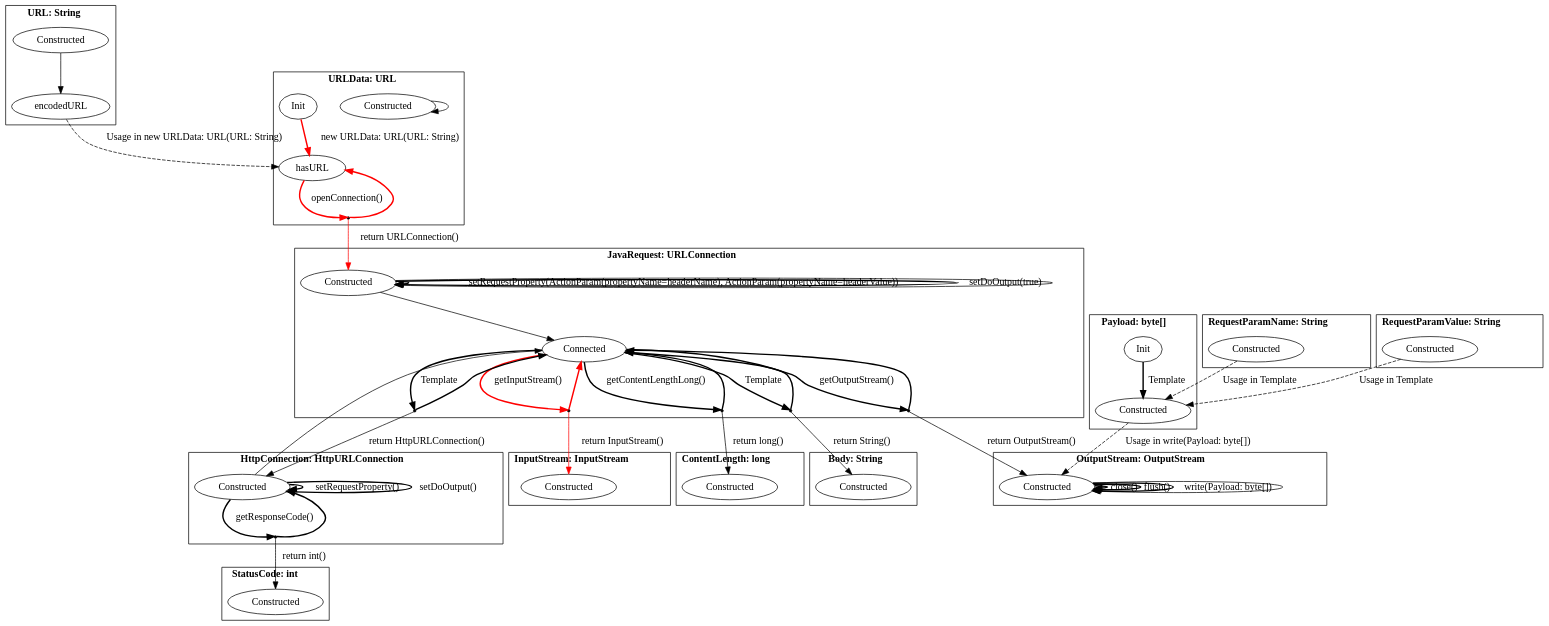
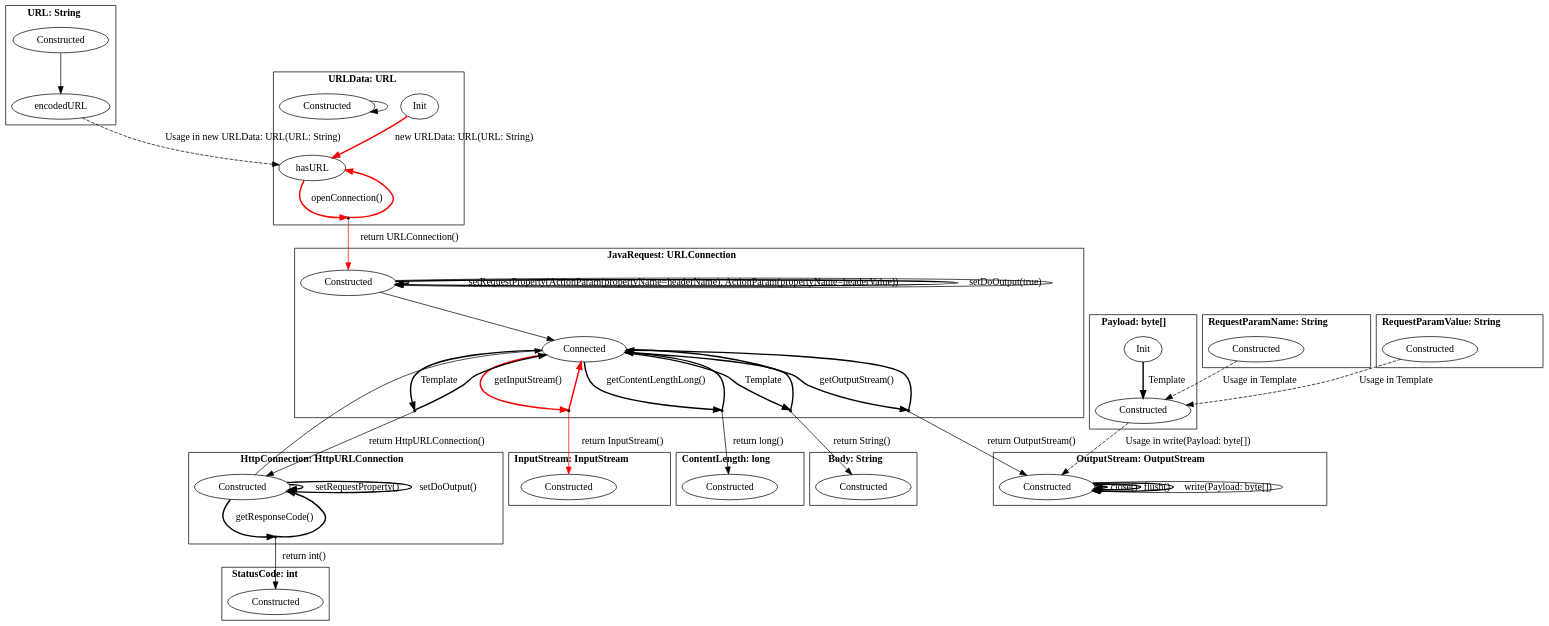
Before and after one commit to h31/LibraryMigration: the diagram in pictures/extracted_javaOfficial.dot, drawn with Graphviz. The commit also changed other lines of this file and 10 other files, not shown here.

```diff
--- a/pictures/extracted_javaOfficial.dot
+++ b/pictures/extracted_javaOfficial.dot
@@ -1,103 +1,103 @@
 digraph G {
     bgcolor="transparent";
     subgraph cluster0 {
     label = <<B>URL: String</B>>;
         Constructed_URL [ label="Constructed" ];
         encodedURL_URL [ label="encodedURL" ];
     }
     subgraph cluster1 {
     label = <<B>URLData: URL</B>>;
+        Init_URLData [ label="Init" ];
+        hasURL_URLData [ label="hasURL" ];
         Constructed_URLData [ label="Constructed" ];
-        hasURL_URLData [ label="hasURL" ];
-        Init_URLData [ label="Init" ];
         virtual0 [ shape = point ];
     }
     subgraph cluster2 {
     label = <<B>JavaRequest: URLConnection</B>>;
         Constructed_JavaRequest [ label="Constructed" ];
         Connected_JavaRequest [ label="Connected" ];
         virtual1 [ shape = point ];
         virtual2 [ shape = point ];
         virtual3 [ shape = point ];
         virtual4 [ shape = point ];
         virtual5 [ shape = point ];
     }
     subgraph cluster3 {
     label = <<B>Body: String</B>>;
         Constructed_Body [ label="Constructed" ];
     }
     subgraph cluster4 {
     label = <<B>InputStream: InputStream</B>>;
         Constructed_InputStream [ label="Constructed" ];
     }
     subgraph cluster5 {
     label = <<B>ContentLength: long</B>>;
         Constructed_ContentLength [ label="Constructed" ];
     }
     subgraph cluster6 {
     label = <<B>StatusCode: int</B>>;
         Constructed_StatusCode [ label="Constructed" ];
     }
     subgraph cluster7 {
     label = <<B>HttpConnection: HttpURLConnection</B>>;
         Constructed_HttpConnection [ label="Constructed" ];
         virtual6 [ shape = point ];
     }
     subgraph cluster8 {
     label = <<B>OutputStream: OutputStream</B>>;
         Constructed_OutputStream [ label="Constructed" ];
     }
     subgraph cluster9 {
     label = <<B>Payload: byte[]</B>>;
+        Init_Payload [ label="Init" ];
         Constructed_Payload [ label="Constructed" ];
-        Init_Payload [ label="Init" ];
     }
     subgraph cluster10 {
     label = <<B>RequestParamName: String</B>>;
         Constructed_RequestParamName [ label="Constructed" ];
     }
     subgraph cluster11 {
     label = <<B>RequestParamValue: String</B>>;
         Constructed_RequestParamValue [ label="Constructed" ];
     }
         Constructed_URL -> encodedURL_URL [ label="", style = "solid"  ];
         encodedURL_URL -> hasURL_URLData [ label="Usage in new URLData: URL(URL: String)", style = "dashed"  ];
         Init_URLData -> hasURL_URLData [ label="new URLData: URL(URL: String)", style = "bold" , color = red ];
         hasURL_URLData -> virtual0 [ style = "bold" label="openConnection()" , color = red ];
         virtual0 -> hasURL_URLData [ style = "bold" , color = red ];
         virtual0 -> Constructed_JavaRequest [ label="return URLConnection()" , color = red ];
         Constructed_URLData -> Constructed_URLData [ label="", style = "solid"  ];
         Constructed_JavaRequest -> Connected_JavaRequest [ label="", style = "solid"  ];
         Connected_JavaRequest -> virtual1 [ style = "bold" label="Template"  ];
         virtual1 -> Connected_JavaRequest [ style = "bold"  ];
         virtual1 -> Constructed_Body [ label="return String()"  ];
         Connected_JavaRequest -> virtual2 [ style = "bold" label="getInputStream()" , color = red ];
         virtual2 -> Connected_JavaRequest [ style = "bold" , color = red ];
         virtual2 -> Constructed_InputStream [ label="return InputStream()" , color = red ];
         Constructed_JavaRequest -> Constructed_JavaRequest [ label="setRequestProperty(ActionParam(propertyName&#x3D;headerName), ActionParam(propertyName&#x3D;headerValue))", style = "bold"  ];
         Constructed_JavaRequest -> Constructed_JavaRequest [ label="setDoOutput(true)", style = "bold"  ];
         Connected_JavaRequest -> virtual3 [ style = "bold" label="getContentLengthLong()"  ];
         virtual3 -> Connected_JavaRequest [ style = "bold"  ];
         virtual3 -> Constructed_ContentLength [ label="return long()"  ];
         Connected_JavaRequest -> virtual4 [ style = "bold" label="getOutputStream()"  ];
         virtual4 -> Connected_JavaRequest [ style = "bold"  ];
         virtual4 -> Constructed_OutputStream [ label="return OutputStream()"  ];
         Connected_JavaRequest -> virtual5 [ style = "bold" label="Template"  ];
         virtual5 -> Connected_JavaRequest [ style = "bold"  ];
         virtual5 -> Constructed_HttpConnection [ label="return HttpURLConnection()"  ];
         Constructed_JavaRequest -> Constructed_JavaRequest [ label="", style = "solid"  ];
         Constructed_HttpConnection -> Connected_JavaRequest [ label="", style = "solid"  ];
         Constructed_HttpConnection -> virtual6 [ style = "bold" label="getResponseCode()"  ];
         virtual6 -> Constructed_HttpConnection [ style = "bold"  ];
         virtual6 -> Constructed_StatusCode [ label="return int()"  ];
         Constructed_HttpConnection -> Constructed_HttpConnection [ label="setRequestProperty()", style = "bold"  ];
         Constructed_HttpConnection -> Constructed_HttpConnection [ label="setDoOutput()", style = "bold"  ];
         Constructed_OutputStream -> Constructed_OutputStream [ label="close()", style = "bold"  ];
         Constructed_OutputStream -> Constructed_OutputStream [ label="flush()", style = "bold"  ];
         Constructed_OutputStream -> Constructed_OutputStream [ label="write(Payload: byte[])", style = "bold"  ];
         Constructed_OutputStream -> Constructed_OutputStream [ label="", style = "solid"  ];
         Init_Payload -> Constructed_Payload [ label="Template", style = "bold"  ];
         Constructed_Payload -> Constructed_OutputStream [ label="Usage in write(Payload: byte[])", style = "dashed"  ];
         Constructed_RequestParamName -> Constructed_Payload [ label="Usage in Template", style = "dashed"  ];
         Constructed_RequestParamValue -> Constructed_Payload [ label="Usage in Template", style = "dashed"  ];
 }
```
